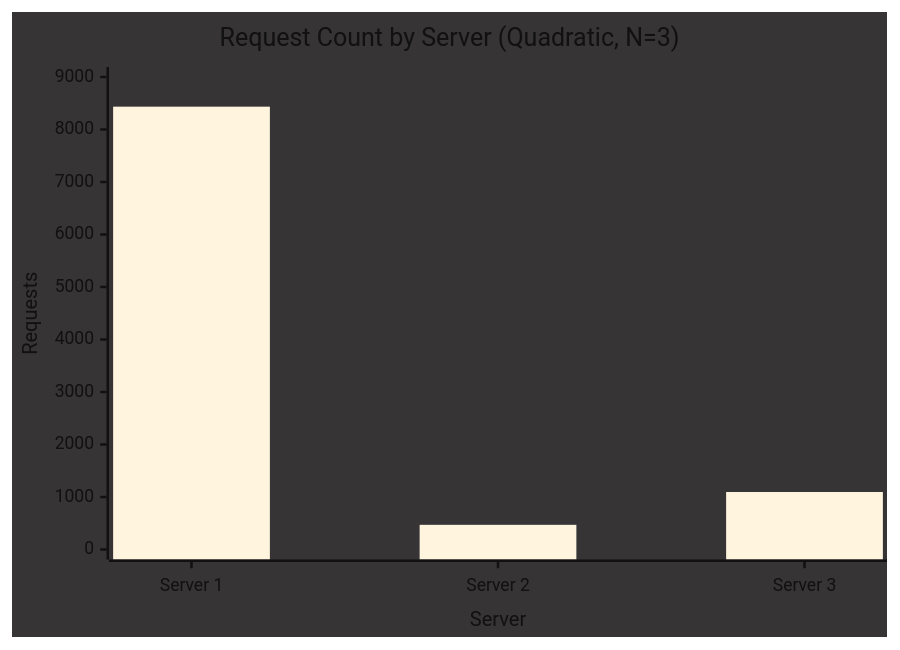
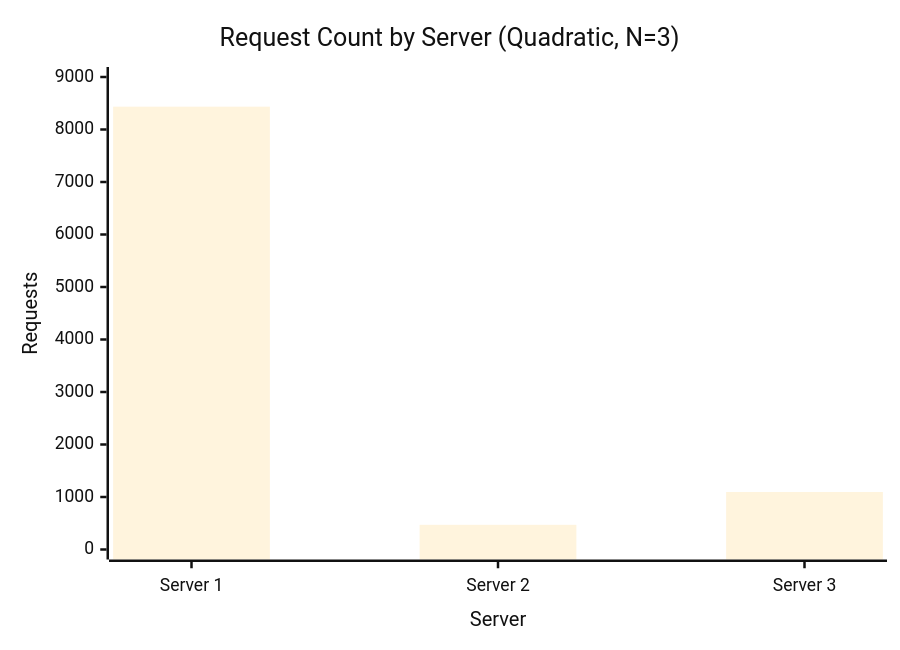
The second of 4 diagrams in README.md (AmyMugeni/LoadBalancer), drawn with Mermaid before and after one commit. The commit also changed other lines of this file, not shown here.

````diff
--- a/README.md
+++ b/README.md
@@ -361,8 +361,8 @@
 ```mermaid
-%%{init: {'theme': 'base', 'themeVariables': { 'background': '#363434', 'primaryColor': '#163a8a', 'primaryBorderColor': '#0f2d6e', 'primaryTextColor': '#111111', 'lineColor': '#163a8a', 'fontSize': '16px' }}}%%
+%%{init: {'theme': 'base', 'themeVariables': { 'background': '#FFFFFF', 'primaryColor': '#163a8a', 'primaryBorderColor': '#0f2d6e', 'primaryTextColor': '#111111', 'lineColor': '#163a8a', 'fontSize': '16px' }}}%%
 xychart-beta
   title "Request Count by Server (Quadratic, N=3)"
   x-axis "Server" ["Server 1", "Server 2", "Server 3"]
   y-axis "Requests" 0 --> 9000
   bar [8435, 470, 1095]
 ```
````
